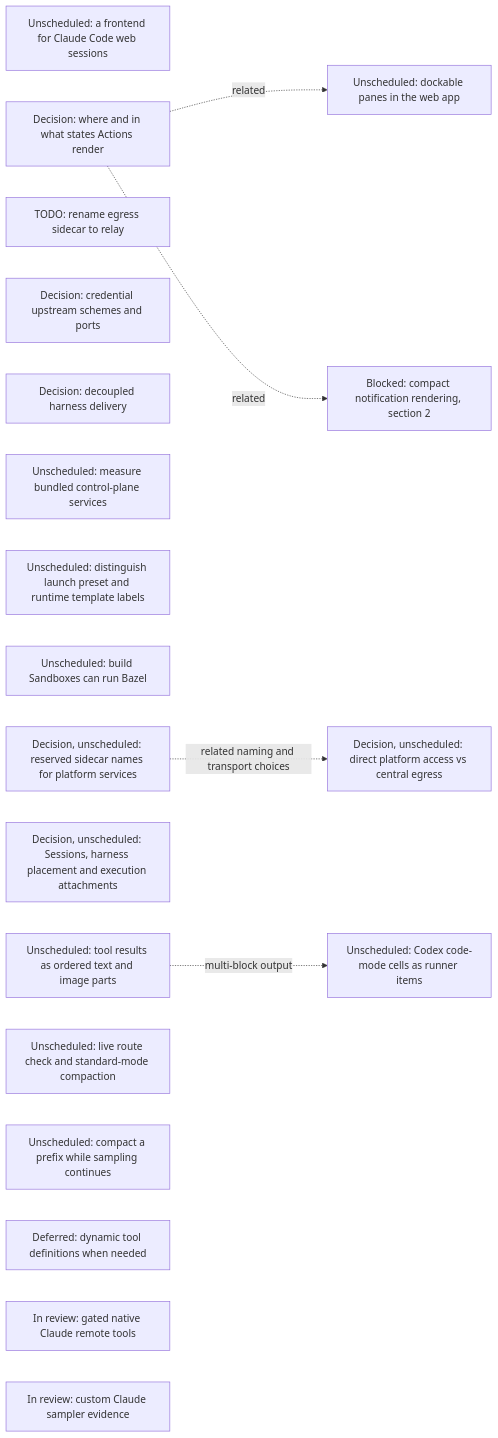
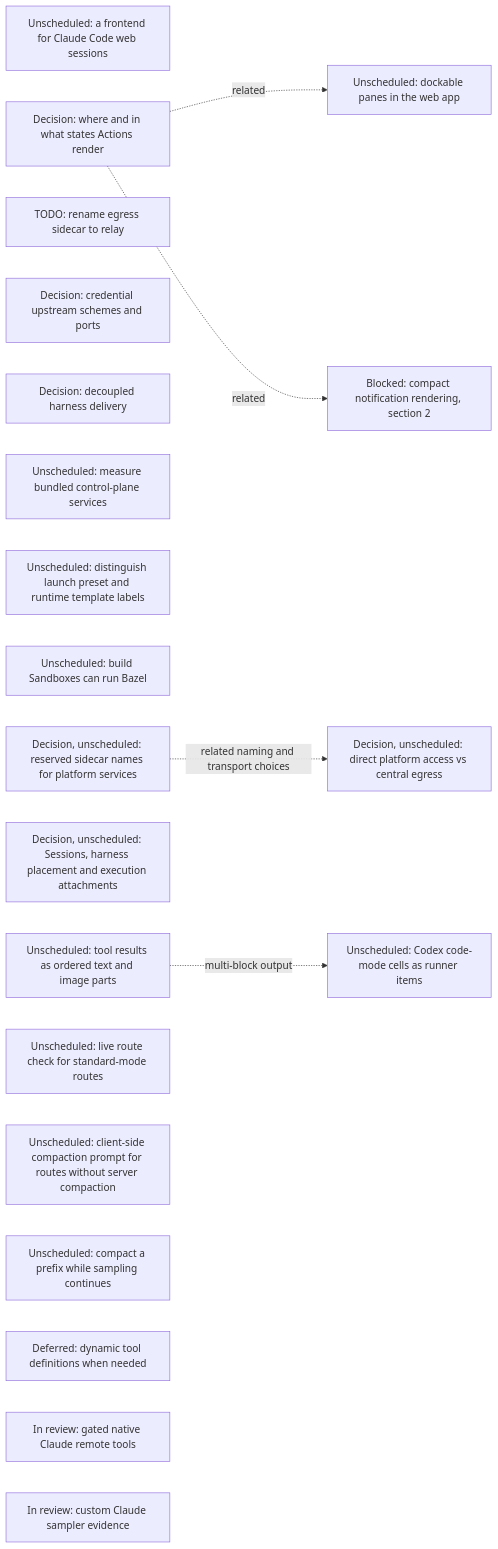
The sixth of 18 diagrams in agentplane/plans/task_dag.md (agentydragon/ducktape), drawn with Mermaid before and after one commit. The commit also changed other lines of this file, not shown here.

Commit message:
agentplane/plans: track client-side prompt compaction for routes without server compaction

````diff
--- a/agentplane/plans/task_dag.md
+++ b/agentplane/plans/task_dag.md
@@ -545,26 +545,27 @@
 ```mermaid
 flowchart LR
     CLAUDE_CODE_WEB_BRIDGE[Unscheduled: a frontend for Claude Code web sessions]
     ACTION_SURFACES_DESIGN[Decision: where and in what states Actions render]
     EGRESS_RELAY_RENAME[TODO: rename egress sidecar to relay]
     EGRESS_CREDENTIAL_TRANSPORT_DESIGN[Decision: credential upstream schemes and ports]
     RUNNER_HARNESS_DELIVERY_DESIGN[Decision: decoupled harness delivery]
     K3S_BUNDLED_SERVICES_SPIKE[Unscheduled: measure bundled control-plane services]
     DOCKABLE_PANES[Unscheduled: dockable panes in the web app]
     ACTION_SURFACES_DESIGN -. related .-> DOCKABLE_PANES
     NOTIFICATION_PRESENTATION[Blocked: compact notification rendering, section 2]
     ACTION_SURFACES_DESIGN -. related .-> NOTIFICATION_PRESENTATION
     SANDBOX_FORM_TERMINOLOGY[Unscheduled: distinguish launch preset and runtime template labels]
     BUILD_BOX_BAZEL[Unscheduled: build Sandboxes can run Bazel]
     PLATFORM_SERVICE_NAMES_DESIGN[Decision, unscheduled: reserved sidecar names for platform services]
     PLATFORM_SERVICE_ROUTING_DESIGN[Decision, unscheduled: direct platform access vs central egress]
     PLATFORM_SERVICE_NAMES_DESIGN -. related naming and transport choices .-> PLATFORM_SERVICE_ROUTING_DESIGN
     SESSION_RUNTIME_MODEL_DESIGN[Decision, unscheduled: Sessions, harness placement and execution attachments]
     STRUCTURED_TOOL_OUTPUT[Unscheduled: tool results as ordered text and image parts]
     STRUCTURED_TOOL_OUTPUT -. multi-block output .-> CODEX_CODE_MODE_CELLS[Unscheduled: Codex code-mode cells as runner items]
-    CENTRAL_SAMPLER_MODEL_CAPABILITIES[Unscheduled: live route check and standard-mode compaction]
+    CENTRAL_SAMPLER_MODEL_CAPABILITIES[Unscheduled: live route check for standard-mode routes]
+    CENTRAL_SAMPLER_PROMPT_COMPACTION[Unscheduled: client-side compaction prompt for routes without server compaction]
     CENTRAL_SAMPLER_BACKGROUND_COMPACTION[Unscheduled: compact a prefix while sampling continues]
     CENTRAL_SAMPLER_DYNAMIC_TOOLS[Deferred: dynamic tool definitions when needed]
     CLAUDE_REMOTE_EXECUTION_SPIKE[In review: gated native Claude remote tools]
     CLAUDE_CUSTOM_SAMPLER[In review: custom Claude sampler evidence]
 ```
````
